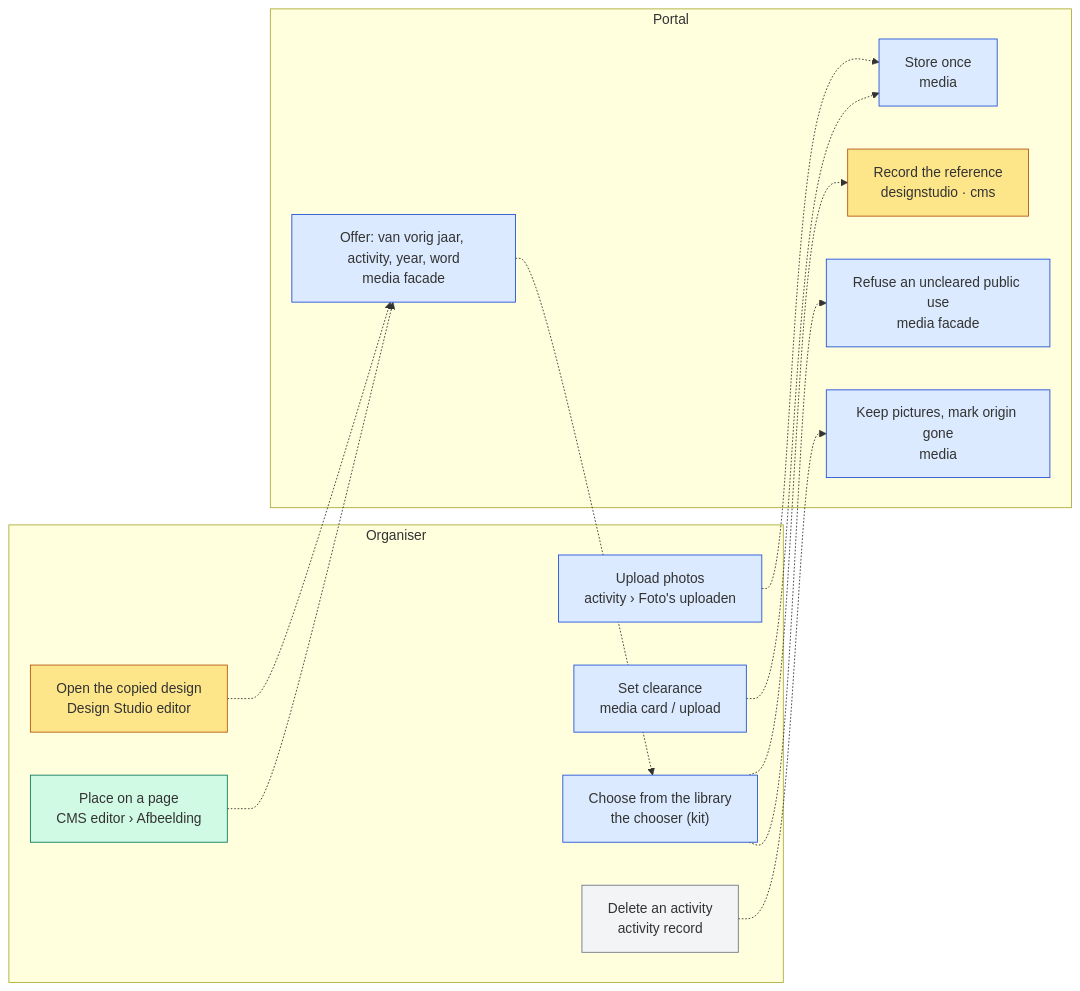
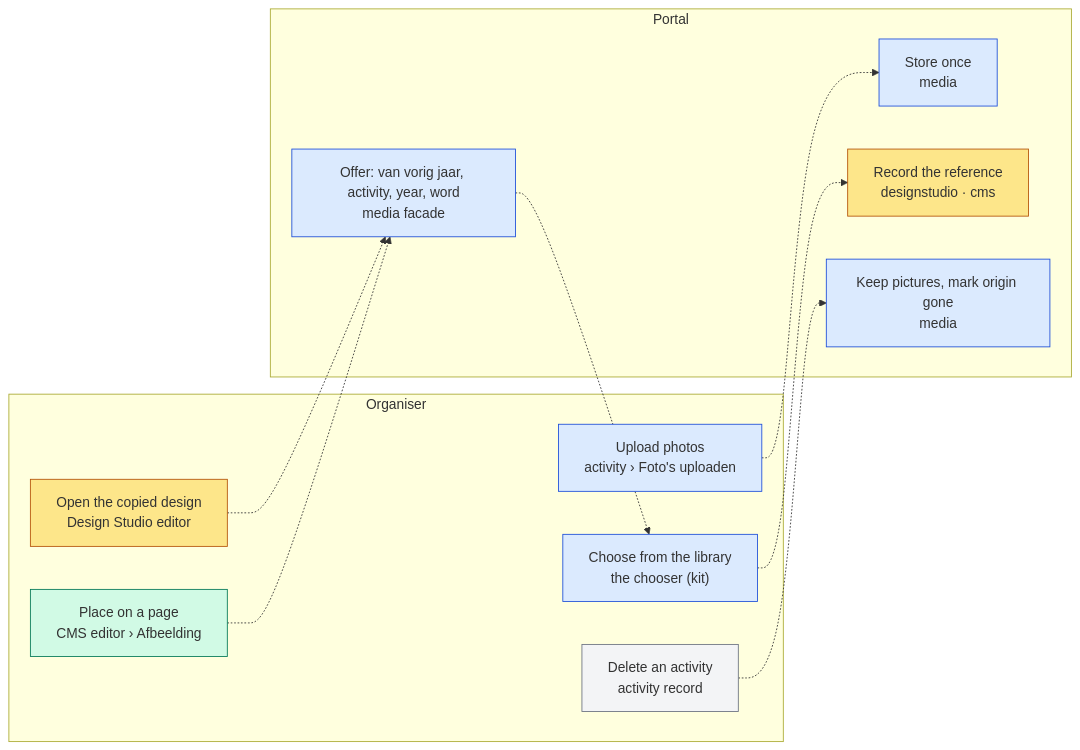
Before and after one commit to KoenRenders/KoenTest: the third of 5 diagrams in docs/change_request_15_media_library.md, drawn with Mermaid. The commit also changed other lines of this file, not shown here.

First line of the commit message:
docs(cr-15): the newsletter picker and the clearance removed everywhere they lingered after Koen's decisions — the B3 drawing, the data model, F2/F3/F8, C2, C3, C5, C9, the walkthrough; the folder tree and the one image size written into C2; no folders inside an activity's album (2 Oct 2026)

````diff
--- a/docs/change_request_15_media_library.md
+++ b/docs/change_request_15_media_library.md
@@ -202,30 +198,26 @@
 ```mermaid
 flowchart LR
   subgraph O[Organiser]
     o2["Upload photos<br/>activity › Foto's uploaden"]:::media
     o4["Open the copied design<br/>Design Studio editor"]:::ds
     o8["Choose from the library<br/>the chooser (kit)"]:::media
     o11["Place on a page<br/>CMS editor › Afbeelding"]:::cms
     o12["Delete an activity<br/>activity record"]:::act
-    o15["Set clearance<br/>media card / upload"]:::media
   end
   subgraph P[Portal]
     p1["Store once<br/>media"]:::media
     p3["Offer: van vorig jaar, activity, year, word<br/>media facade"]:::media
     p4["Record the reference<br/>designstudio · cms"]:::ds
-    p5["Refuse an uncleared public use<br/>media facade"]:::media
     p6["Keep pictures, mark origin gone<br/>media"]:::media
   end
   o2 -.-> p1
   o4 -.-> p3
   p3 -.-> o8
   o8 -.-> p4
-  o8 -.-> p5
   o11 -.-> p3
   o12 -.-> p6
-  o15 -.-> p1
   classDef media fill:#dbeafe,stroke:#1d4ed8
   classDef ds fill:#fde68a,stroke:#b45309
   classDef cms fill:#d1fae5,stroke:#047857
   classDef act fill:#f3f4f6,stroke:#6b7280
 ```
````
